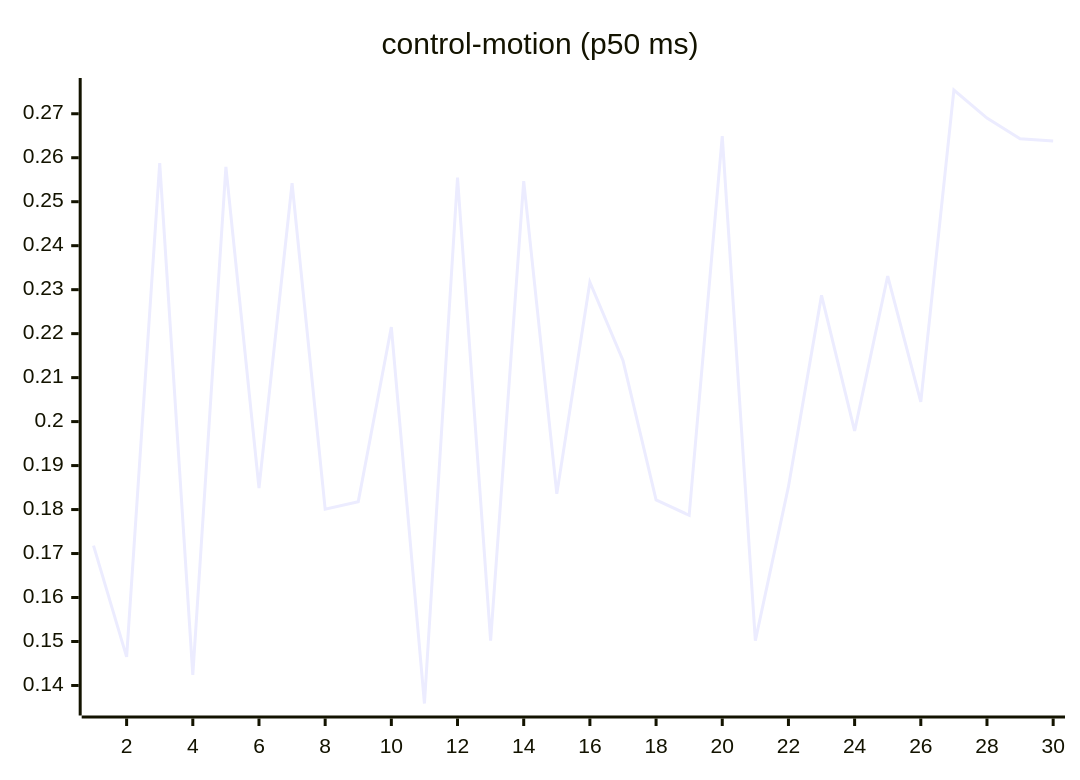
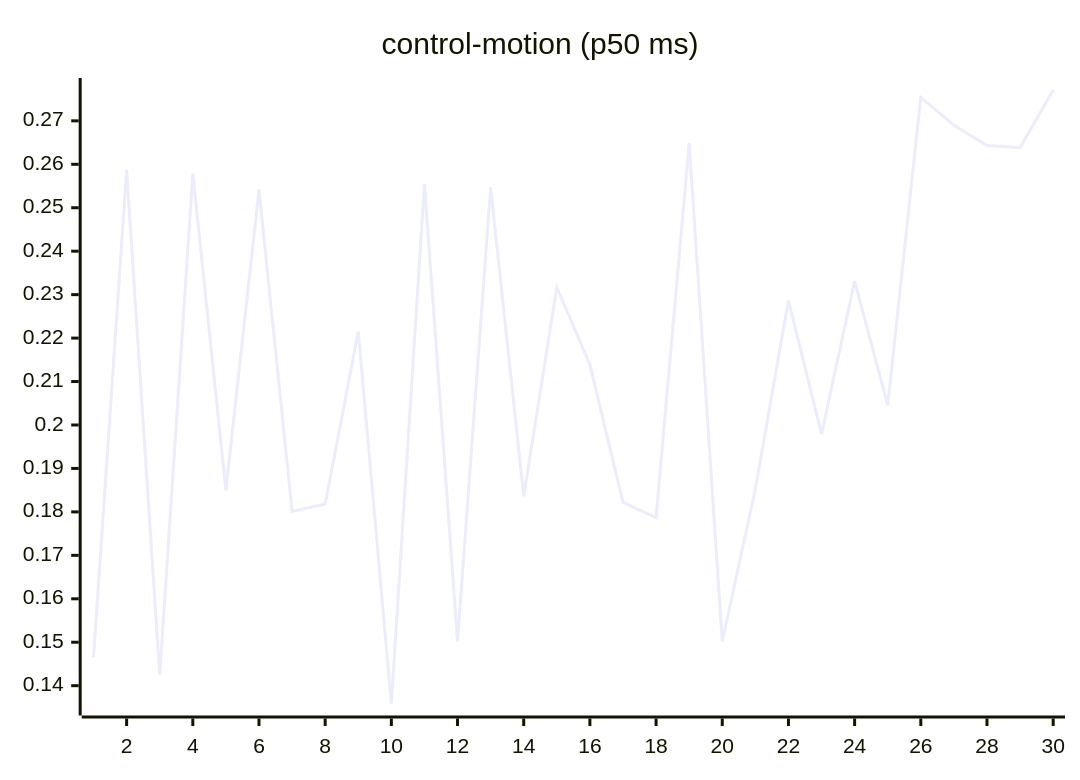
The seventh of 27 diagrams in README.md (josha/Facet), drawn with Mermaid before and after one commit. The commit also changed other lines of this file and 2 other files, not shown here.

````diff
--- a/README.md
+++ b/README.md
@@ -105,6 +105,6 @@
 ```mermaid
 xychart-beta
     title "control-motion (p50 ms)"
     x-axis 1 --> 30
-    line [0.1718, 0.1465, 0.2588, 0.1424, 0.2579, 0.1849, 0.2542, 0.1801, 0.1818, 0.2215, 0.1359, 0.2555, 0.1502, 0.2547, 0.1836, 0.2317, 0.2139, 0.1822, 0.1787, 0.2649, 0.1502, 0.1852, 0.2287, 0.1979, 0.2331, 0.2045, 0.2754, 0.2690, 0.2643, 0.2638]
+    line [0.1465, 0.2588, 0.1424, 0.2579, 0.1849, 0.2542, 0.1801, 0.1818, 0.2215, 0.1359, 0.2555, 0.1502, 0.2547, 0.1836, 0.2317, 0.2139, 0.1822, 0.1787, 0.2649, 0.1502, 0.1852, 0.2287, 0.1979, 0.2331, 0.2045, 0.2754, 0.2690, 0.2643, 0.2638, 0.2771]
 ```
````
